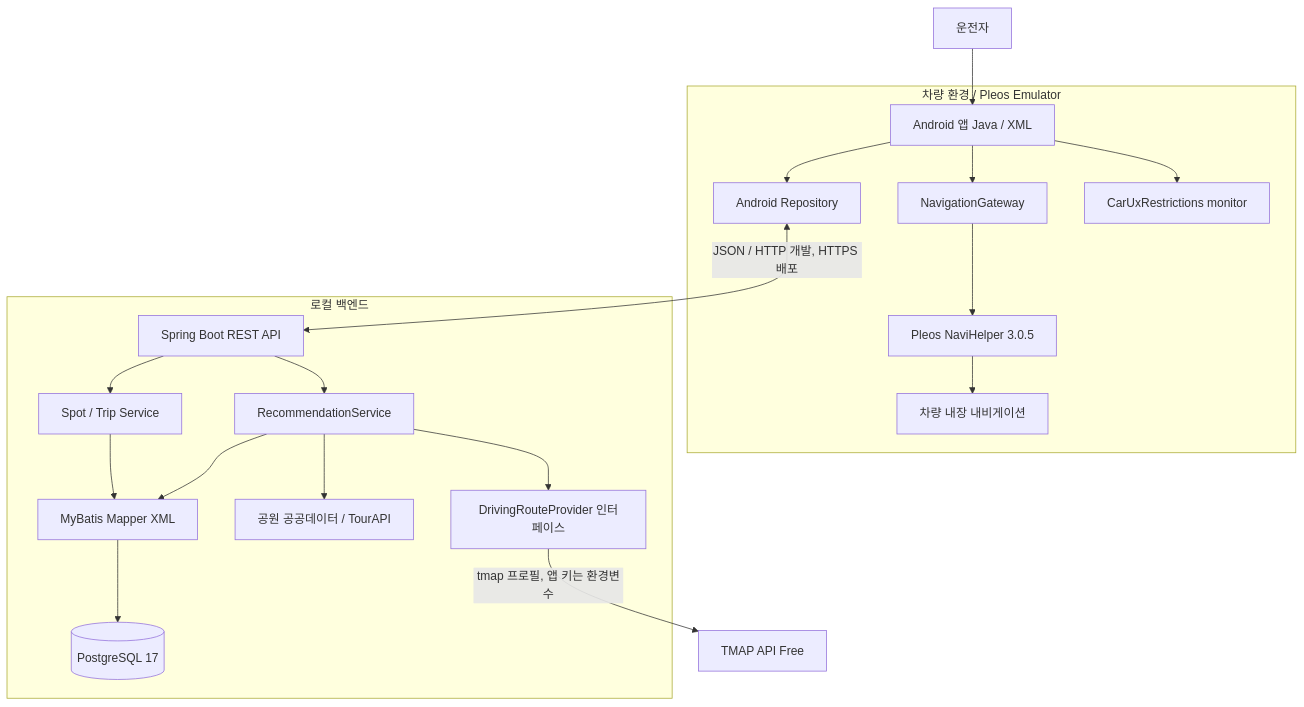
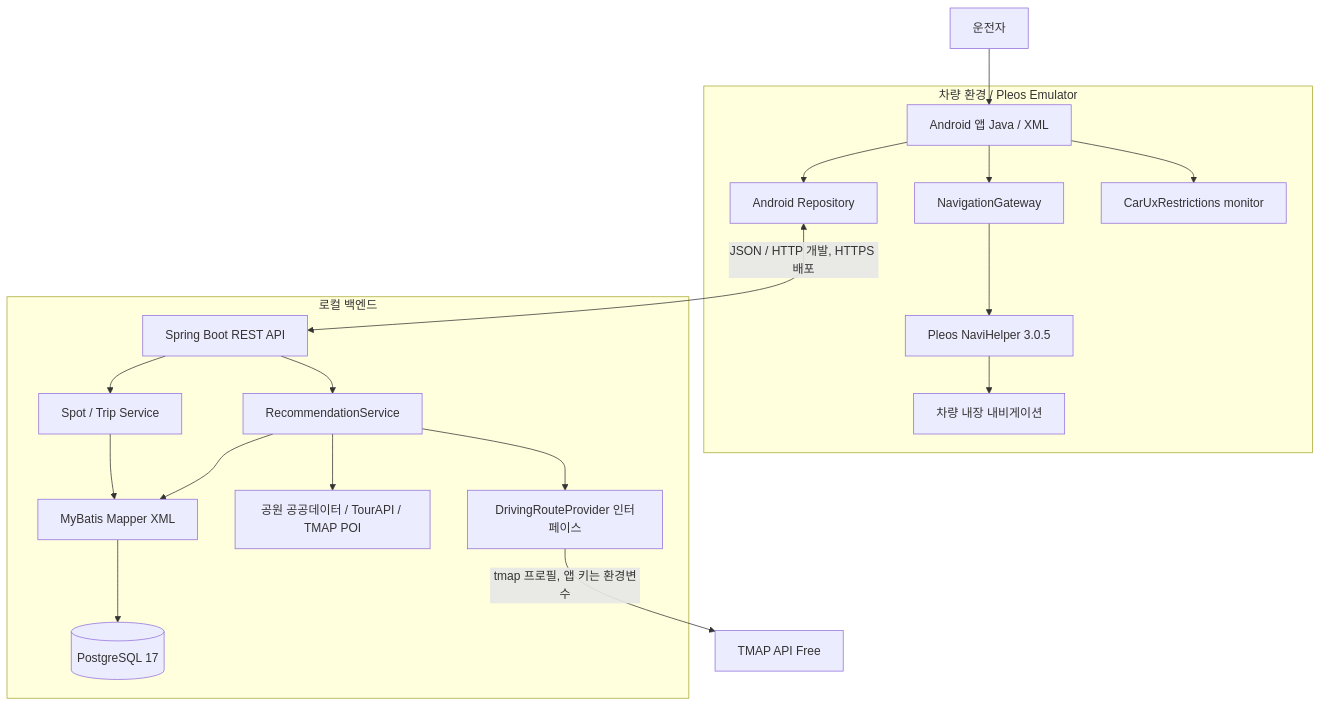
The diagram in docs/architecture.md (kiy3035/just-go), drawn with Mermaid before and after one commit. The commit also changed other lines of this file and 27 other files, not shown here.

````diff
--- a/docs/architecture.md
+++ b/docs/architecture.md
@@ -16,22 +16,22 @@
 ```mermaid
 flowchart TB
     U[운전자] --> UI[Android 앱 Java / XML]
     subgraph Pleos[차량 환경 / Pleos Emulator]
       UI --> Repo[Android Repository]
       UI --> NaviGateway[NavigationGateway]
       UI --> UxRestrictions[CarUxRestrictions monitor]
       NaviGateway --> NaviHelper[Pleos NaviHelper 3.0.5]
       NaviHelper --> CarNav[차량 내장 내비게이션]
     end
     Repo <-->|JSON / HTTP 개발, HTTPS 배포| Api[Spring Boot REST API]
     subgraph Local[로컬 백엔드]
       Api --> Recommendation[RecommendationService]
       Api --> Other[Spot / Trip Service]
       Recommendation --> Mapper[MyBatis Mapper XML]
       Other --> Mapper
       Mapper --> DB[(PostgreSQL 17)]
-      Recommendation --> PlaceSources[공원 공공데이터 / TourAPI]
+      Recommendation --> PlaceSources[공원 공공데이터 / TourAPI / TMAP POI]
       Recommendation --> RouteProvider[DrivingRouteProvider 인터페이스]
     end
     RouteProvider -->|tmap 프로필, 앱 키는 환경변수| MapAPI[TMAP API Free]
 ```
````
